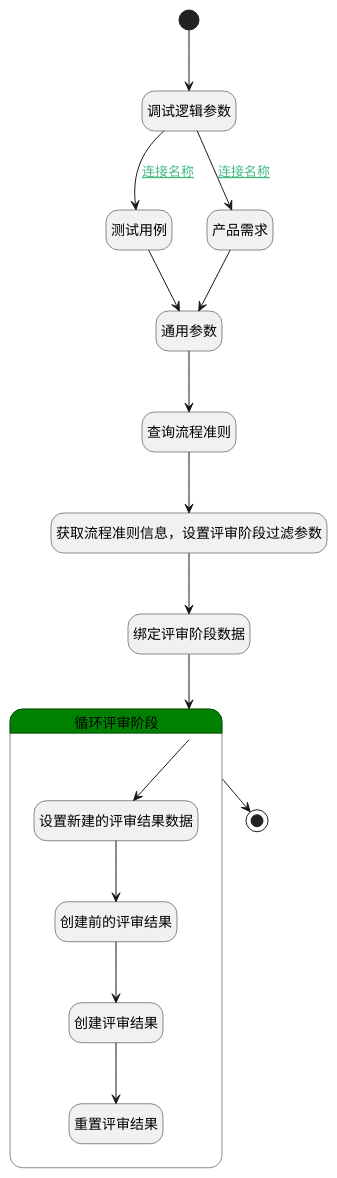
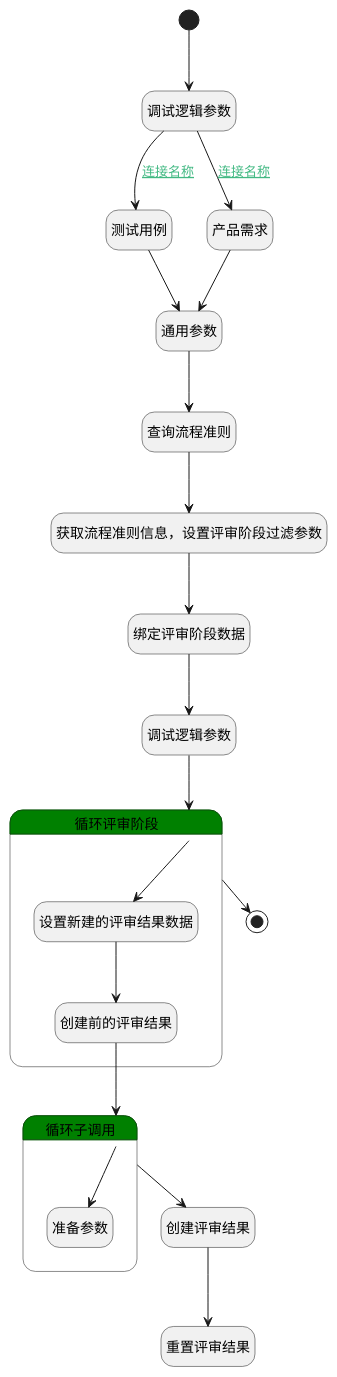
The diagram in doc/docsify/module/TestMgmt/review_content/logic/generate_review_results.md (iBizLab/plm), drawn with PlantUML before and after one commit. The commit also changed other lines of this file and 726 other files, not shown here.

````diff
--- a/doc/docsify/module/TestMgmt/review_content/logic/generate_review_results.md
+++ b/doc/docsify/module/TestMgmt/review_content/logic/generate_review_results.md
@@ -7,45 +7,52 @@
 ```plantuml
 @startuml
 hide empty description
 <style>
 root {
   HyperlinkColor #42b983
 }
 </style>
 
 hide empty description
 state "开始" as Begin <<start>> [[$./generate_review_results#begin {"开始"}]]
+state "调试逻辑参数" as DEBUGPARAM4  [[$./generate_review_results#debugparam4 {"调试逻辑参数"}]]
 state "测试用例" as PREPAREPARAM6  [[$./generate_review_results#prepareparam6 {"测试用例"}]]
 state "结束" as END1 <<end>> [[$./generate_review_results#end1 {"结束"}]]
 state "调试逻辑参数" as DEBUGPARAM2  [[$./generate_review_results#debugparam2 {"调试逻辑参数"}]]
 state "通用参数" as PREPAREPARAM1  [[$./generate_review_results#prepareparam1 {"通用参数"}]]
 state "查询流程准则" as DEDATASET1  [[$./generate_review_results#dedataset1 {"查询流程准则"}]]
 state "获取流程准则信息，设置评审阶段过滤参数" as PREPAREPARAM2  [[$./generate_review_results#prepareparam2 {"获取流程准则信息，设置评审阶段过滤参数"}]]
 state "绑定评审阶段数据" as PREPAREPARAM4  [[$./generate_review_results#prepareparam4 {"绑定评审阶段数据"}]]
 state "产品需求" as PREPAREPARAM5  [[$./generate_review_results#prepareparam5 {"产品需求"}]]
+state "创建评审结果" as DEACTION1  [[$./generate_review_results#deaction1 {"创建评审结果"}]]
+state "重置评审结果" as RENEWPARAM1  [[$./generate_review_results#renewparam1 {"重置评审结果"}]]
 state "循环评审阶段" as LOOPSUBCALL1  [[$./generate_review_results#loopsubcall1 {"循环评审阶段"}]] #green {
 state "设置新建的评审结果数据" as PREPAREPARAM3  [[$./generate_review_results#prepareparam3 {"设置新建的评审结果数据"}]]
 state "创建前的评审结果" as DEBUGPARAM3  [[$./generate_review_results#debugparam3 {"创建前的评审结果"}]]
-state "创建评审结果" as DEACTION1  [[$./generate_review_results#deaction1 {"创建评审结果"}]]
-state "重置评审结果" as RENEWPARAM1  [[$./generate_review_results#renewparam1 {"重置评审结果"}]]
+}
+state "循环子调用" as LOOPSUBCALL2  [[$./generate_review_results#loopsubcall2 {"循环子调用"}]] #green {
+state "准备参数" as PREPAREPARAM7  [[$./generate_review_results#prepareparam7 {"准备参数"}]]
 }
 
 
 Begin --> DEBUGPARAM2
 DEBUGPARAM2 --> PREPAREPARAM6 : [[$./generate_review_results#debugparam2-prepareparam6{连接名称} 连接名称]]
 PREPAREPARAM6 --> PREPAREPARAM1
 PREPAREPARAM1 --> DEDATASET1
 DEDATASET1 --> PREPAREPARAM2
 PREPAREPARAM2 --> PREPAREPARAM4
-PREPAREPARAM4 --> LOOPSUBCALL1
+PREPAREPARAM4 --> DEBUGPARAM4
+DEBUGPARAM4 --> LOOPSUBCALL1
 LOOPSUBCALL1 --> PREPAREPARAM3
 PREPAREPARAM3 --> DEBUGPARAM3
-DEBUGPARAM3 --> DEACTION1
+DEBUGPARAM3 --> LOOPSUBCALL2
+LOOPSUBCALL2 --> PREPAREPARAM7
+LOOPSUBCALL2 --> DEACTION1
 DEACTION1 --> RENEWPARAM1
 LOOPSUBCALL1 --> END1
 DEBUGPARAM2 --> PREPAREPARAM5 : [[$./generate_review_results#debugparam2-prepareparam5{连接名称} 连接名称]]
 PREPAREPARAM5 --> PREPAREPARAM1
 
 
 @enduml
 ```
````
